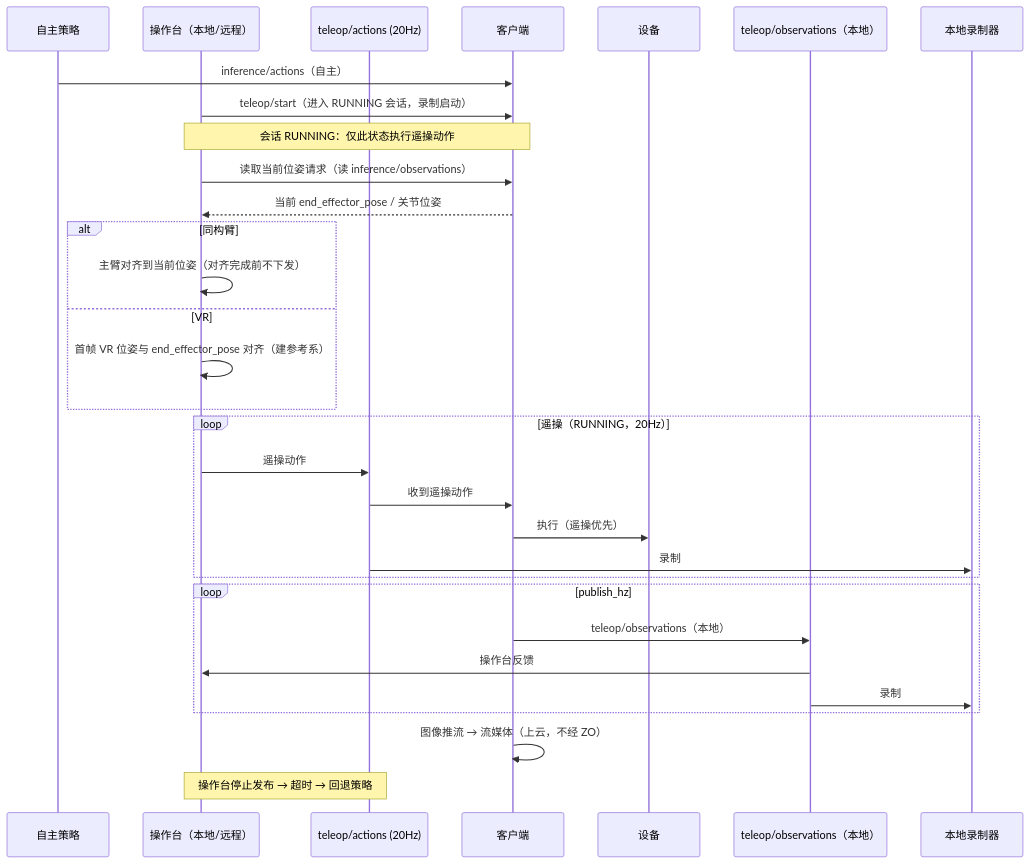
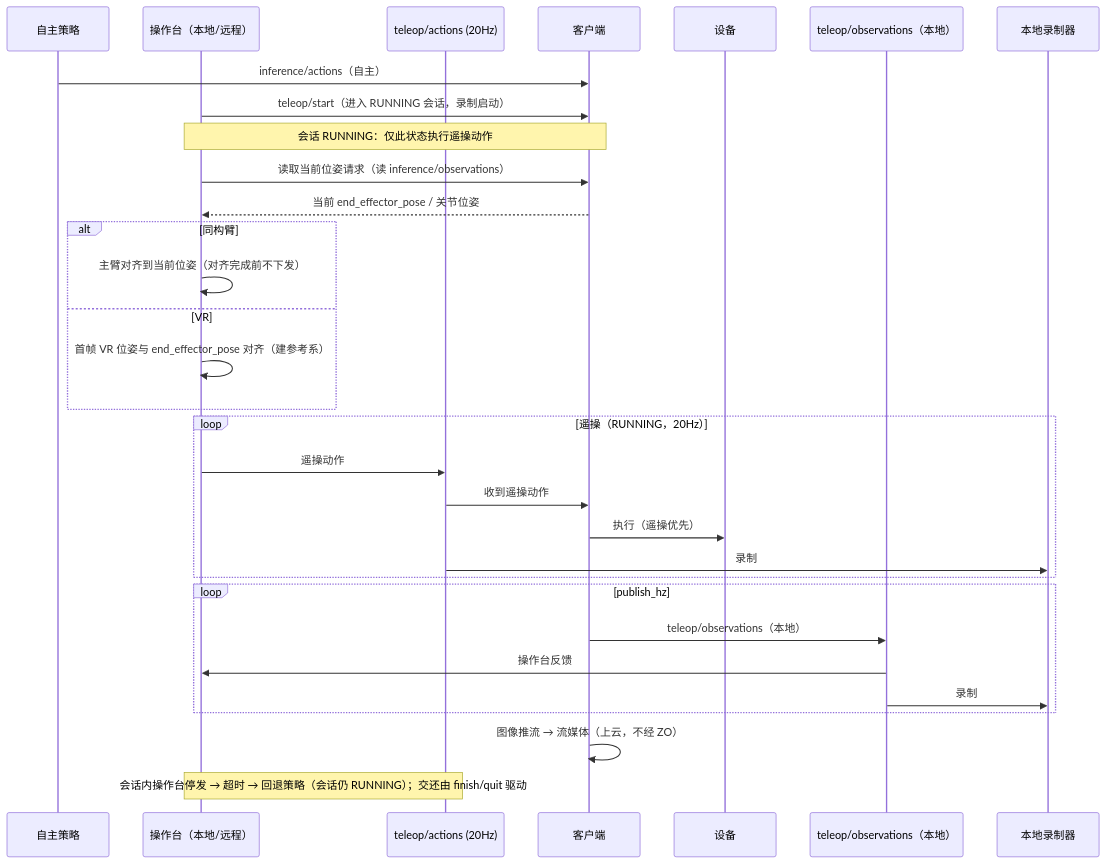
The diagram in docs/design/r2c-teleop-data-collection-design.md (vincentguiling/cloudrobo-sdk-client), drawn with Mermaid before and after one commit. The commit also changed other lines of this file, not shown here.

````diff
--- a/docs/design/r2c-teleop-data-collection-design.md
+++ b/docs/design/r2c-teleop-data-collection-design.md
@@ -141,34 +142,34 @@
 ```mermaid
 sequenceDiagram
     participant P as 自主策略
     participant O as 操作台（本地/远程）
     participant ZA as teleop/actions (20Hz)
     participant C as 客户端
     participant F as 设备
     participant ZO as teleop/observations（本地）
     participant R as 本地录制器
 
     P->>C: inference/actions（自主）
     O->>C: teleop/start（进入 RUNNING 会话，录制启动）
     Note over O,C: 会话 RUNNING：仅此状态执行遥操动作
     O->>C: 读取当前位姿请求（读 inference/observations）
     C-->>O: 当前 end_effector_pose / 关节位姿
     alt 同构臂
         O->>O: 主臂对齐到当前位姿（对齐完成前不下发）
     else VR
         O->>O: 首帧 VR 位姿与 end_effector_pose 对齐（建参考系）
     end
     loop 遥操（RUNNING，20Hz）
         O->>ZA: 遥操动作
         ZA->>C: 收到遥操动作
         C->>F: 执行（遥操优先）
         ZA->>R: 录制
     end
     loop publish_hz
         C->>ZO: teleop/observations（本地）
         ZO->>O: 操作台反馈
         ZO->>R: 录制
     end
     C->>C: 图像推流 → 流媒体（上云，不经 ZO）
-    Note over O,ZA: 操作台停止发布 → 超时 → 回退策略
+    Note over O,ZA: 会话内操作台停发 → 超时 → 回退策略（会话仍 RUNNING）；交还由 finish/quit 驱动
 ```
````
